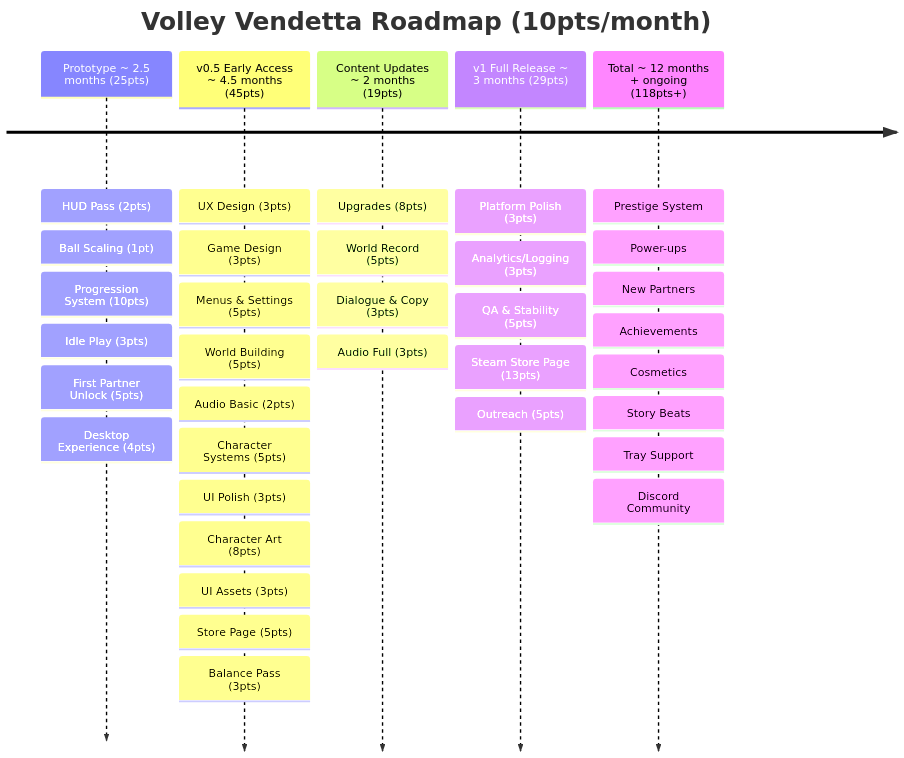
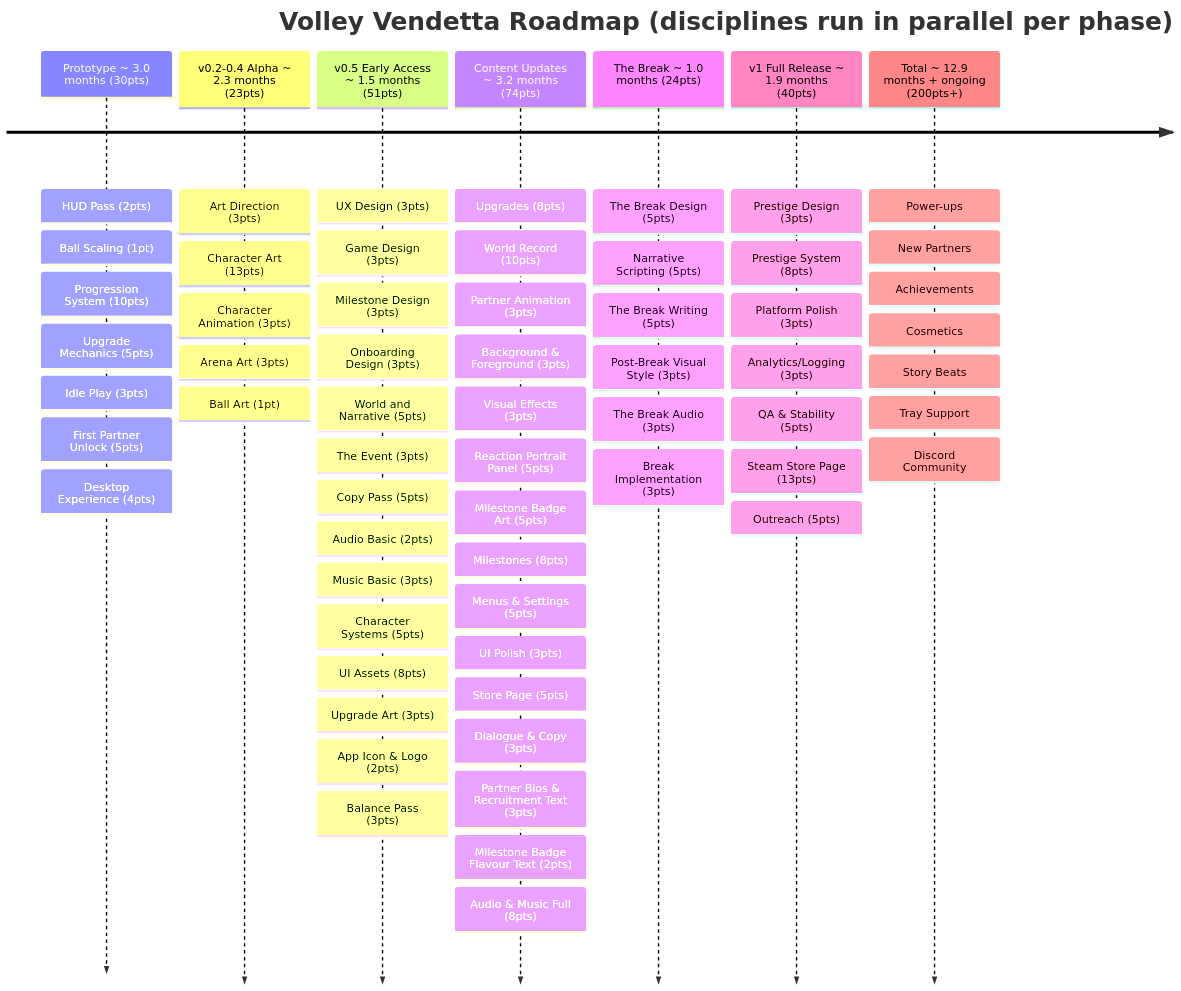
The diagram in designs/roadmap.md (shuck-dev/volley), drawn with Mermaid before and after one commit. The commit also changed other lines of this file and 11 other files, not shown here.

First line of the commit message:
Idea/roadmap rework (#29)

````diff
--- a/designs/roadmap.md
+++ b/designs/roadmap.md
@@ -3,48 +3,79 @@
 ```mermaid
 timeline
-    title Volley Vendetta Roadmap (10pts/month)
+    title Volley Vendetta Roadmap (disciplines run in parallel per phase)
 
-    Prototype ~ 2.5 months (25pts)
+    Prototype ~ 3.0 months (30pts)
         : HUD Pass (2pts)
         : Ball Scaling (1pt)
         : Progression System (10pts)
+        : Upgrade Mechanics (5pts)
         : Idle Play (3pts)
         : First Partner Unlock (5pts)
         : Desktop Experience (4pts)
 
-    v0.5 Early Access ~ 4.5 months (45pts)
+    v0.2-0.4 Alpha ~ 2.3 months (23pts)
+        : Art Direction (3pts)
+        : Character Art (13pts)
+        : Character Animation (3pts)
+        : Arena Art (3pts)
+        : Ball Art (1pt)
+
+    v0.5 Early Access ~ 1.5 months (51pts)
         : UX Design (3pts)
         : Game Design (3pts)
-        : Menus & Settings (5pts)
-        : World Building (5pts)
+        : Milestone Design (3pts)
+        : Onboarding Design (3pts)
+        : World and Narrative (5pts)
+        : The Event (3pts)
+        : Copy Pass (5pts)
         : Audio Basic (2pts)
+        : Music Basic (3pts)
         : Character Systems (5pts)
-        : UI Polish (3pts)
-        : Character Art (8pts)
-        : UI Assets (3pts)
-        : Store Page (5pts)
+        : UI Assets (8pts)
+        : Upgrade Art (3pts)
+        : App Icon & Logo (2pts)
         : Balance Pass (3pts)
 
-    Content Updates ~ 2 months (19pts)
+    Content Updates ~ 3.2 months (74pts)
         : Upgrades (8pts)
-        : World Record (5pts)
+        : World Record (10pts)
+        : Partner Animation (3pts)
+        : Background & Foreground (3pts)
+        : Visual Effects (3pts)
+        : Reaction Portrait Panel (5pts)
+        : Milestone Badge Art (5pts)
+        : Milestones (8pts)
+        : Menus & Settings (5pts)
+        : UI Polish (3pts)
+        : Store Page (5pts)
         : Dialogue & Copy (3pts)
-        : Audio Full (3pts)
+        : Partner Bios & Recruitment Text (3pts)
+        : Milestone Badge Flavour Text (2pts)
+        : Audio & Music Full (8pts)
 
-    v1 Full Release ~ 3 months (29pts)
+    The Break ~ 1.0 months (24pts)
+        : The Break Design (5pts)
+        : Narrative Scripting (5pts)
+        : The Break Writing (5pts)
+        : Post-Break Visual Style (3pts)
+        : The Break Audio (3pts)
+        : Break Implementation (3pts)
+
+    v1 Full Release ~ 1.9 months (40pts)
+        : Prestige Design (3pts)
+        : Prestige System (8pts)
         : Platform Polish (3pts)
         : Analytics/Logging (3pts)
         : QA & Stability (5pts)
         : Steam Store Page (13pts)
         : Outreach (5pts)
 
-    Total ~ 12 months + ongoing (118pts+)
-        : Prestige System
+    Total ~ 12.9 months + ongoing (200pts+)
         : Power-ups
         : New Partners
         : Achievements
         : Cosmetics
         : Story Beats
         : Tray Support
         : Discord Community
 ```
````
